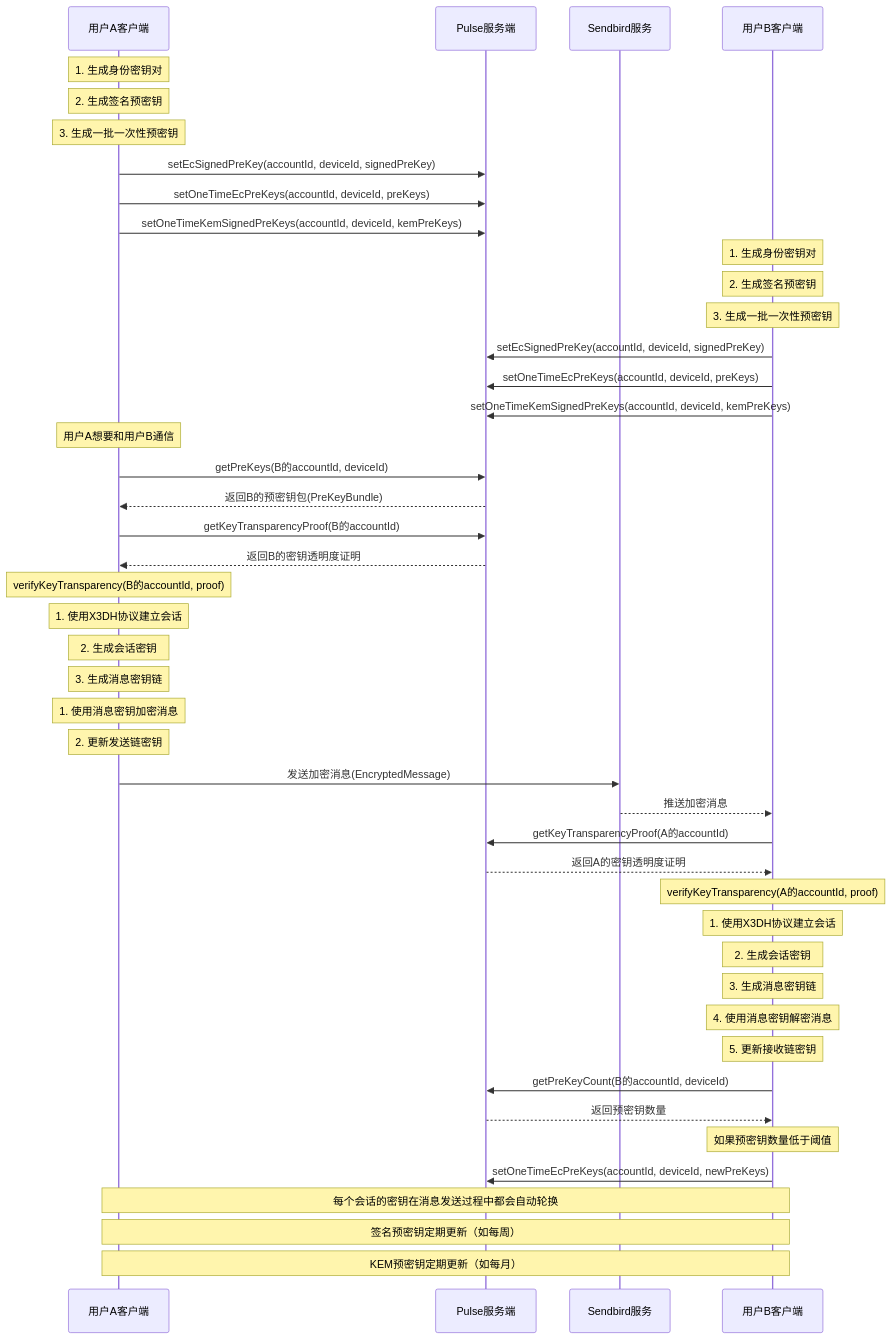
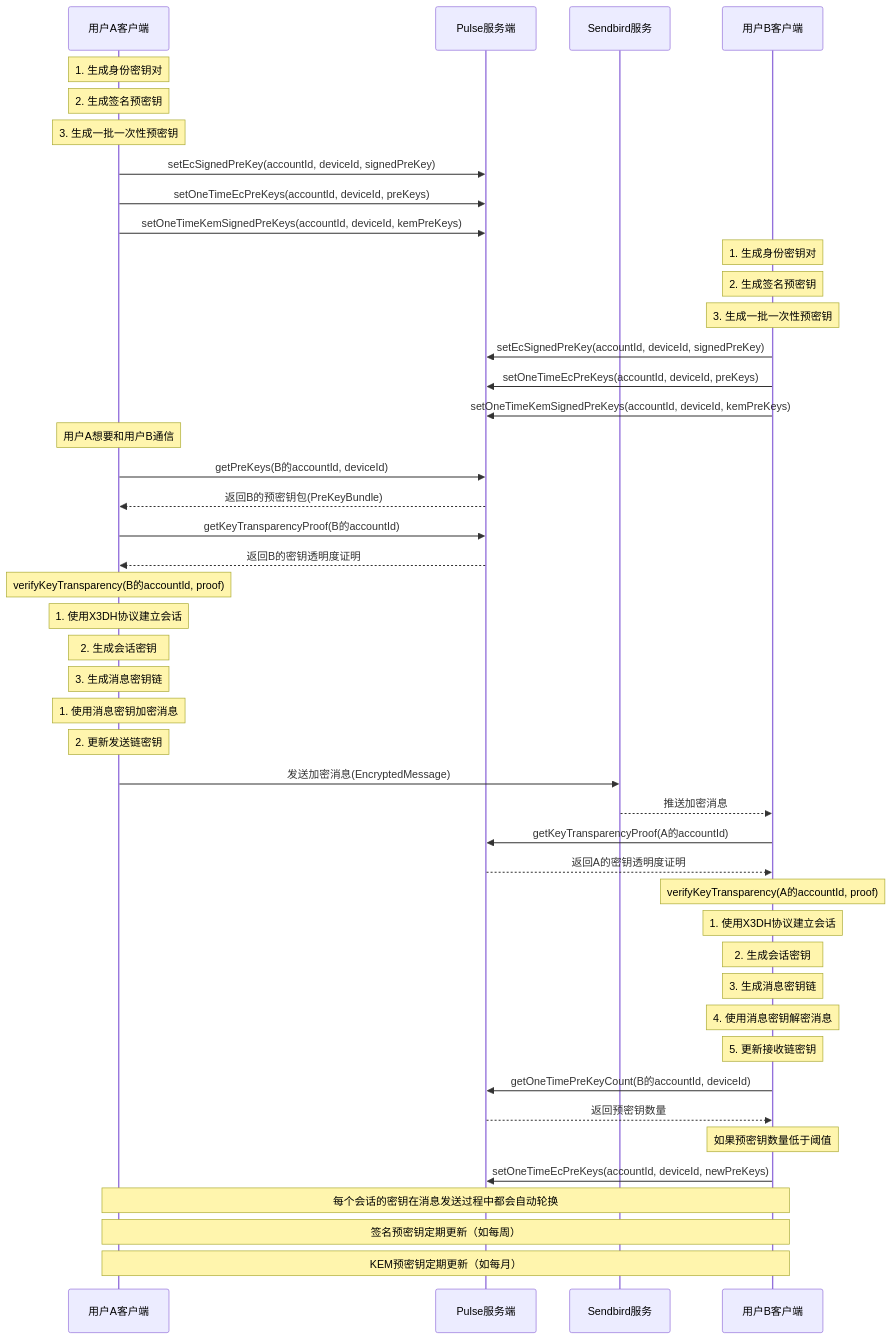
The sixth of 10 diagrams in docs/pulse-dm.md (usherfly/Signal-Server-main), drawn with Mermaid before and after one commit. The commit also changed other lines of this file, not shown here.

````diff
--- a/docs/pulse-dm.md
+++ b/docs/pulse-dm.md
@@ -461,68 +463,68 @@
 ```mermaid
 sequenceDiagram
     participant A as 用户A客户端
     participant Server as Pulse服务端
     participant Sendbird as Sendbird服务
     participant B as 用户B客户端
 
     %% 初始化阶段 - 用户A
     Note over A: 1. 生成身份密钥对
     Note over A: 2. 生成签名预密钥
     Note over A: 3. 生成一批一次性预密钥
     A->>Server: setEcSignedPreKey(accountId, deviceId, signedPreKey)
     A->>Server: setOneTimeEcPreKeys(accountId, deviceId, preKeys)
     A->>Server: setOneTimeKemSignedPreKeys(accountId, deviceId, kemPreKeys)
 
     %% 初始化阶段 - 用户B
     Note over B: 1. 生成身份密钥对
     Note over B: 2. 生成签名预密钥
     Note over B: 3. 生成一批一次性预密钥
     B->>Server: setEcSignedPreKey(accountId, deviceId, signedPreKey)
     B->>Server: setOneTimeEcPreKeys(accountId, deviceId, preKeys)
     B->>Server: setOneTimeKemSignedPreKeys(accountId, deviceId, kemPreKeys)
 
     %% 通信建立阶段
     Note over A: 用户A想要和用户B通信
     A->>Server: getPreKeys(B的accountId, deviceId)
     Server-->>A: 返回B的预密钥包(PreKeyBundle)
 
     %% 密钥透明度验证
     A->>Server: getKeyTransparencyProof(B的accountId)
     Server-->>A: 返回B的密钥透明度证明
     Note over A: verifyKeyTransparency(B的accountId, proof)
 
     %% 会话建立
     Note over A: 1. 使用X3DH协议建立会话
     Note over A: 2. 生成会话密钥
     Note over A: 3. 生成消息密钥链
 
     %% 消息发送阶段
     Note over A: 1. 使用消息密钥加密消息
     Note over A: 2. 更新发送链密钥
     A->>Sendbird: 发送加密消息(EncryptedMessage)
 
     %% 消息接收阶段
     Sendbird-->>B: 推送加密消息
     
     %% 首次接收处理
     B->>Server: getKeyTransparencyProof(A的accountId)
     Server-->>B: 返回A的密钥透明度证明
     Note over B: verifyKeyTransparency(A的accountId, proof)
     
     Note over B: 1. 使用X3DH协议建立会话
     Note over B: 2. 生成会话密钥
     Note over B: 3. 生成消息密钥链
     Note over B: 4. 使用消息密钥解密消息
     Note over B: 5. 更新接收链密钥
 
     %% 预密钥维护
-    B->>Server: getPreKeyCount(B的accountId, deviceId)
+    B->>Server: getOneTimePreKeyCount(B的accountId, deviceId)
     Server-->>B: 返回预密钥数量
     Note over B: 如果预密钥数量低于阈值
     B->>Server: setOneTimeEcPreKeys(accountId, deviceId, newPreKeys)
 
     %% 定期密钥更新
     Note over A,B: 每个会话的密钥在消息发送过程中都会自动轮换
     Note over A,B: 签名预密钥定期更新（如每周）
     Note over A,B: KEM预密钥定期更新（如每月）
 ```
````
